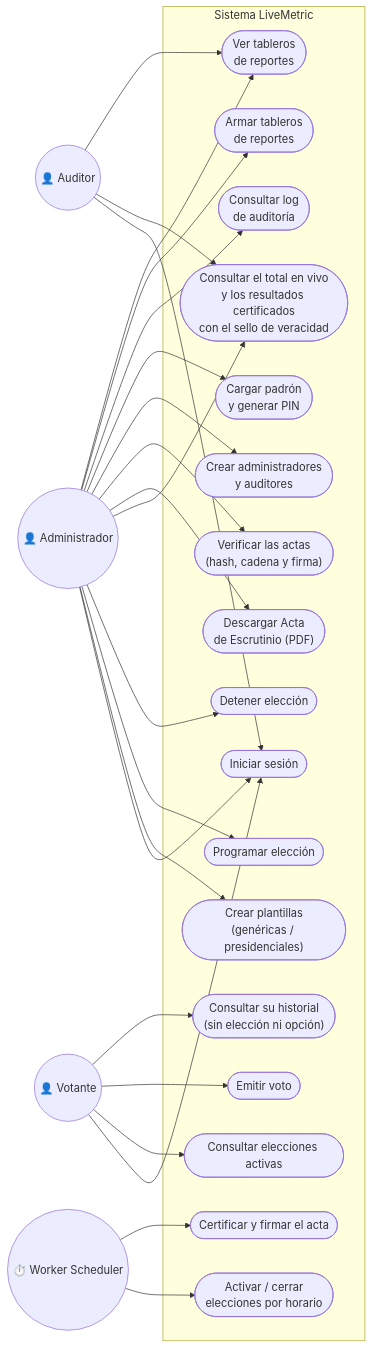
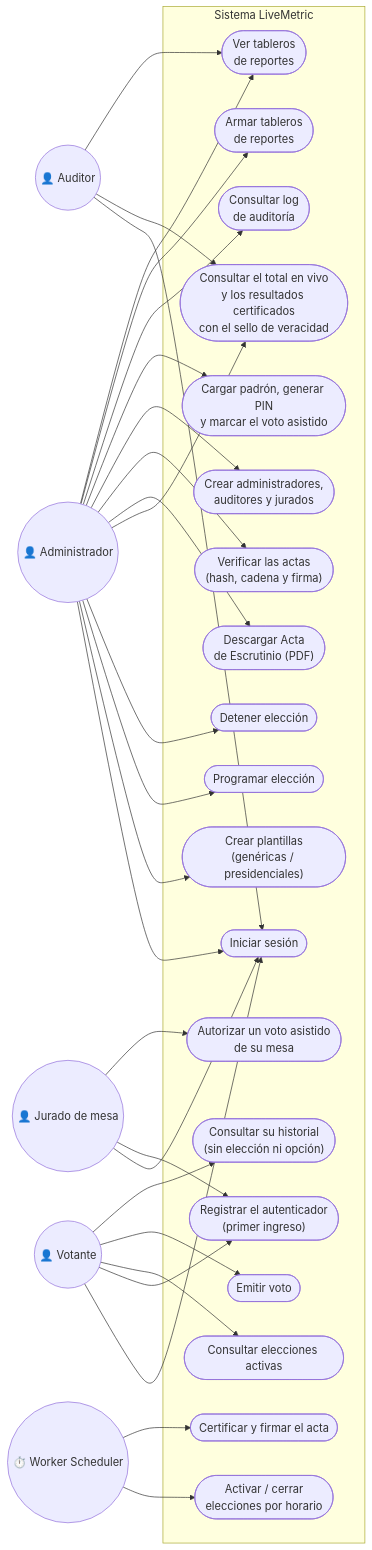
One commit to NicolasPineda1421/LiveMetric changed the fourth of 5 diagrams in docs/manual-arquitectura.md. Above: the diagram before and after it, drawn with Mermaid. The commit also changed other lines of this file and 45 other files, not shown here.

First line of the commit message:
Segundo factor para votar (TOTP) y voto asistido por el jurado de la mesa

````diff
--- a/docs/manual-arquitectura.md
+++ b/docs/manual-arquitectura.md
@@ -239,52 +255,60 @@
 ```mermaid
 graph LR
     Admin(("👤 Administrador"))
     Auditor(("👤 Auditor"))
+    Jurado(("👤 Jurado de mesa"))
     Votante(("👤 Votante"))
     Reloj(("⏱️ Worker Scheduler"))
 
     subgraph Sistema["Sistema LiveMetric"]
         UC1(["Iniciar sesión"])
         UC2(["Crear plantillas<br/>(genéricas / presidenciales)"])
         UC3(["Programar elección"])
         UC4(["Detener elección"])
         UC5(["Consultar el total en vivo<br/>y los resultados certificados<br/>con el sello de veracidad"])
         UC6(["Descargar Acta<br/>de Escrutinio (PDF)"])
         UC7(["Verificar las actas<br/>(hash, cadena y firma)"])
-        UC8(["Crear administradores<br/>y auditores"])
-        UC9(["Cargar padrón<br/>y generar PIN"])
+        UC8(["Crear administradores,<br/>auditores y jurados"])
+        UC9(["Cargar padrón, generar PIN<br/>y marcar el voto asistido"])
         UC10(["Consultar log<br/>de auditoría"])
         UC15(["Armar tableros<br/>de reportes"])
         UC16(["Ver tableros<br/>de reportes"])
         UC11(["Consultar elecciones activas"])
         UC12(["Emitir voto"])
         UC17(["Consultar su historial<br/>(sin elección ni opción)"])
+        UC18(["Registrar el autenticador<br/>(primer ingreso)"])
+        UC19(["Autorizar un voto asistido<br/>de su mesa"])
         UC13(["Activar / cerrar<br/>elecciones por horario"])
         UC14(["Certificar y firmar el acta"])
     end
 
     Admin --> UC1
     Admin --> UC2
     Admin --> UC3
     Admin --> UC4
     Admin --> UC5
     Admin --> UC6
     Admin --> UC7
     Admin --> UC8
     Admin --> UC9
     Admin --> UC10
     Admin --> UC15
     Admin --> UC16
 
     Auditor --> UC1
     Auditor --> UC5
     Auditor --> UC16
 
+    Jurado --> UC1
+    Jurado --> UC18
+    Jurado --> UC19
+
     Votante --> UC1
+    Votante --> UC18
     Votante --> UC11
     Votante --> UC12
     Votante --> UC17
 
     Reloj --> UC13
     Reloj --> UC14
 ```
````
